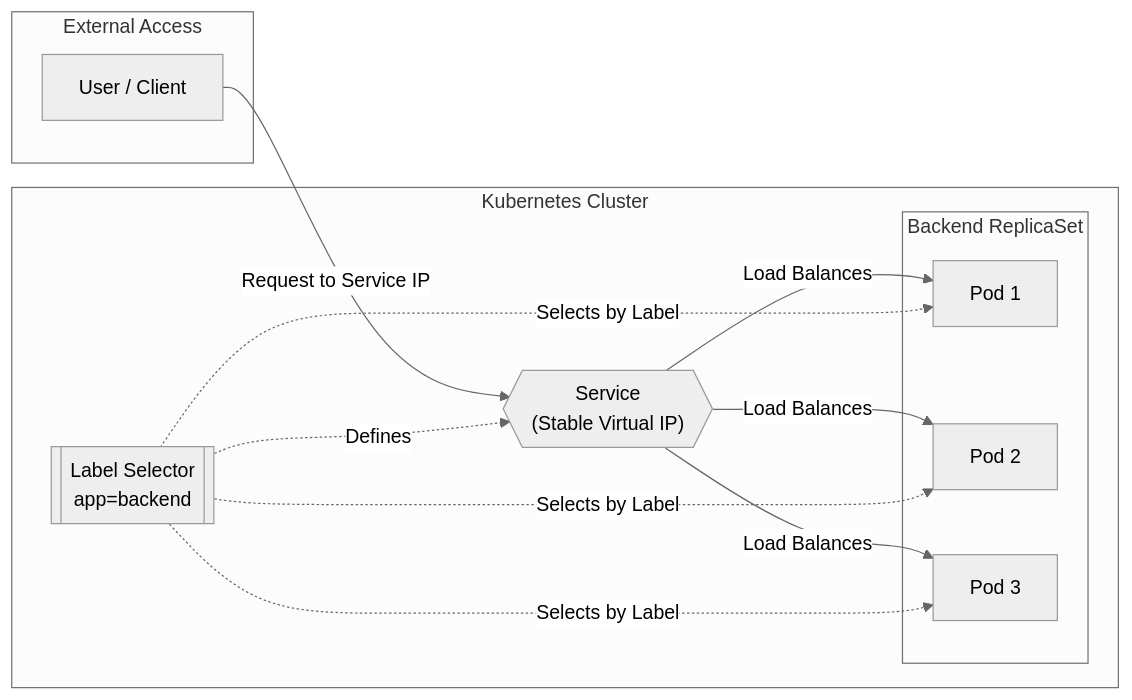
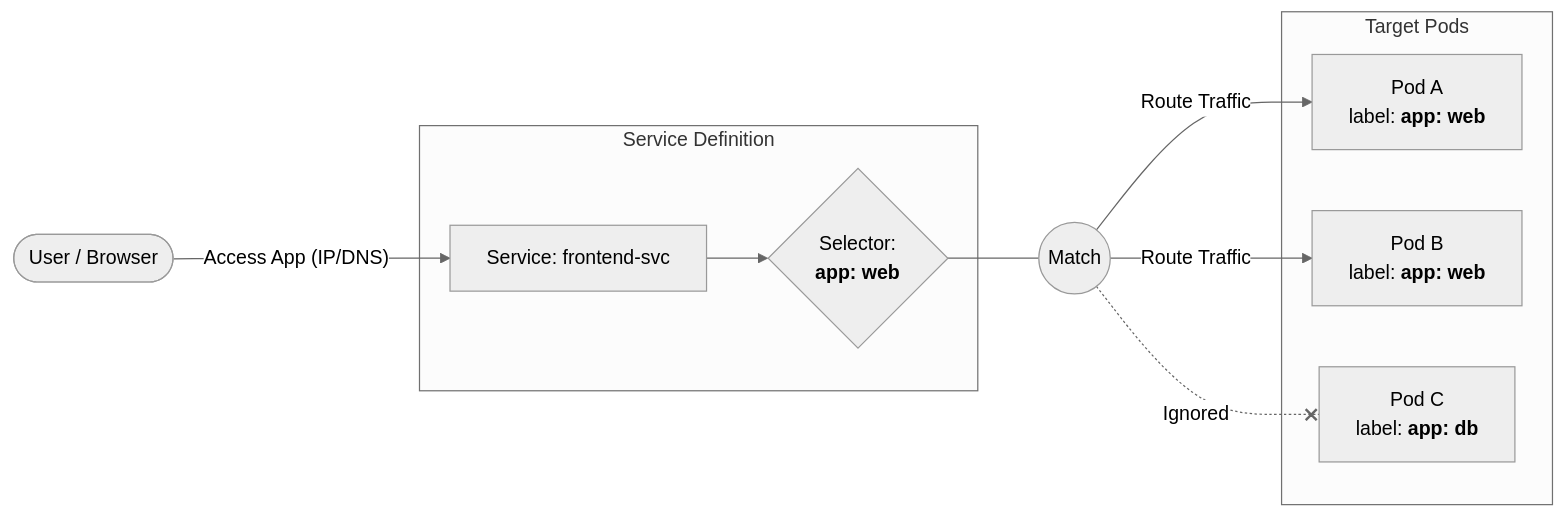
Before and after one commit to Aravind-devops-1/devops_ganesh: the first of 8 diagrams in 04-networking/04.01-Networking_Intro.md, drawn with Mermaid (neutral theme).

````diff
--- a/04-networking/04.01-Networking_Intro.md
+++ b/04-networking/04.01-Networking_Intro.md
@@ -19,29 +19,27 @@
 ```mermaid
+
 graph LR
-    subgraph External [External Access]
-        U[User / Client]
+    %% New Entry Point
+    User([User / Browser]) -- "Access App (IP/DNS)" --> SVC
+
+    subgraph Service_Def [Service Definition]
+        SVC[Service: frontend-svc]
+        SEL{Selector: <br/><b>app: web</b>}
     end
 
-    subgraph Cluster [Kubernetes Cluster]
-        S{{"Service <br/> (Stable Virtual IP)"}}
-        
-        subgraph Pods [Backend ReplicaSet]
-            P1[Pod 1]
-            P2[Pod 2]
-            P3[Pod 3]
-        end
-
-        LS[["Label Selector <br/> app=backend"]]
+    subgraph Pod_Pool [Target Pods]
+        P1["Pod A<br/>label: <b>app: web</b>"]
+        P2["Pod B<br/>label: <b>app: web</b>"]
+        P3["Pod C<br/>label: <b>app: db</b>"]
     end
 
-    %% Traffic Flow
-    U -- "Request to Service IP" --> S
-    S -- "Load Balances" --> P1
-    S -- "Load Balances" --> P2
-    S -- "Load Balances" --> P3
-
-    %% Logic Connection
-    LS -. "Selects by Label" .-> P1 & P2 & P3
-    LS -. "Defines" .-> S
+    %% Logic Flow
+    SVC --> SEL
+    SEL --- Match((Match))
+    
+    %% Connections based on Label matching
+    Match -->|Route Traffic| P1
+    Match -->|Route Traffic| P2
+    Match -.-x|Ignored| P3
 
 ```
````
